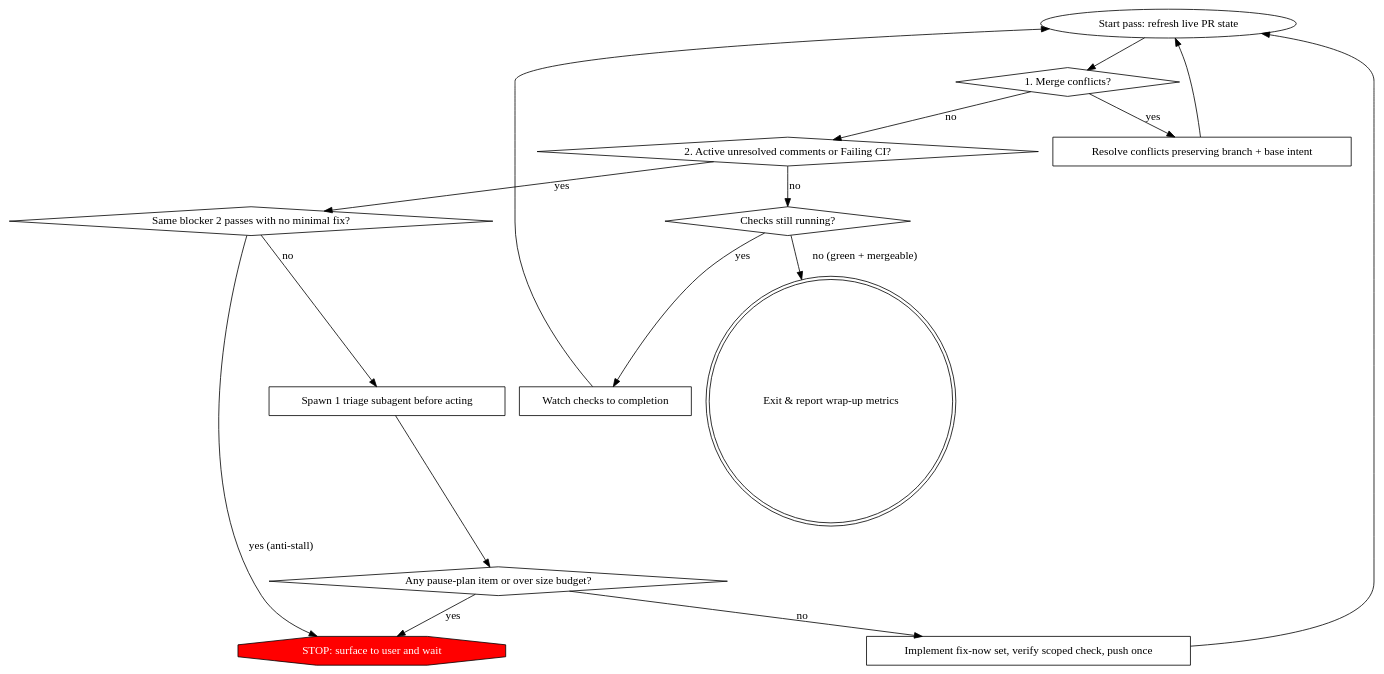
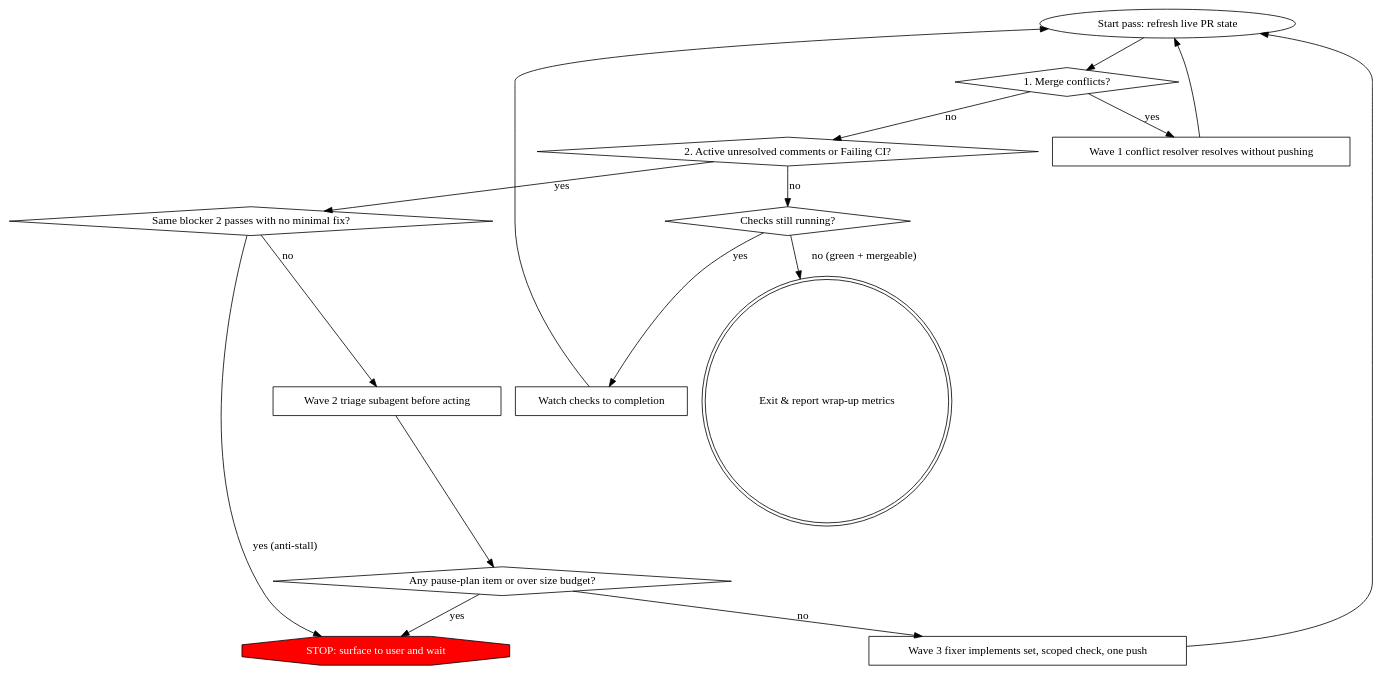
One commit to PhillipChaffee/.agents changed the diagram in skills/autopilot/SKILL.md. Above: the diagram before and after it, drawn with Graphviz. The commit also changed other lines of this file and 21 other files, not shown here.

````diff
--- a/skills/autopilot/SKILL.md
+++ b/skills/autopilot/SKILL.md
@@ -35,32 +43,32 @@
 ```dot
 digraph autopilot_loop {
     "Start pass: refresh live PR state" [shape=ellipse];
     "1. Merge conflicts?" [shape=diamond];
-    "Resolve conflicts preserving branch + base intent" [shape=box];
+    "Wave 1 conflict resolver resolves without pushing" [shape=box];
     "2. Active unresolved comments or Failing CI?" [shape=diamond];
-    "Spawn 1 triage subagent before acting" [shape=box];
+    "Wave 2 triage subagent before acting" [shape=box];
     "Any pause-plan item or over size budget?" [shape=diamond];
     "STOP: surface to user and wait" [shape=octagon, style=filled, fillcolor=red, fontcolor=white];
     "Same blocker 2 passes with no minimal fix?" [shape=diamond];
-    "Implement fix-now set, verify scoped check, push once" [shape=box];
+    "Wave 3 fixer implements set, scoped check, one push" [shape=box];
     "Checks still running?" [shape=diamond];
     "Watch checks to completion" [shape=box];
     "Exit & report wrap-up metrics" [shape=doublecircle];
 
     "Start pass: refresh live PR state" -> "1. Merge conflicts?";
-    "1. Merge conflicts?" -> "Resolve conflicts preserving branch + base intent" [label="yes"];
-    "Resolve conflicts preserving branch + base intent" -> "Start pass: refresh live PR state";
+    "1. Merge conflicts?" -> "Wave 1 conflict resolver resolves without pushing" [label="yes"];
+    "Wave 1 conflict resolver resolves without pushing" -> "Start pass: refresh live PR state";
     "1. Merge conflicts?" -> "2. Active unresolved comments or Failing CI?" [label="no"];
     "2. Active unresolved comments or Failing CI?" -> "Same blocker 2 passes with no minimal fix?" [label="yes"];
     "Same blocker 2 passes with no minimal fix?" -> "STOP: surface to user and wait" [label="yes (anti-stall)"];
-    "Same blocker 2 passes with no minimal fix?" -> "Spawn 1 triage subagent before acting" [label="no"];
-    "Spawn 1 triage subagent before acting" -> "Any pause-plan item or over size budget?";
+    "Same blocker 2 passes with no minimal fix?" -> "Wave 2 triage subagent before acting" [label="no"];
+    "Wave 2 triage subagent before acting" -> "Any pause-plan item or over size budget?";
     "Any pause-plan item or over size budget?" -> "STOP: surface to user and wait" [label="yes"];
-    "Any pause-plan item or over size budget?" -> "Implement fix-now set, verify scoped check, push once" [label="no"];
-    "Implement fix-now set, verify scoped check, push once" -> "Start pass: refresh live PR state";
+    "Any pause-plan item or over size budget?" -> "Wave 3 fixer implements set, scoped check, one push" [label="no"];
+    "Wave 3 fixer implements set, scoped check, one push" -> "Start pass: refresh live PR state";
     "2. Active unresolved comments or Failing CI?" -> "Checks still running?" [label="no"];
     "Checks still running?" -> "Watch checks to completion" [label="yes"];
     "Watch checks to completion" -> "Start pass: refresh live PR state";
     "Checks still running?" -> "Exit & report wrap-up metrics" [label="no (green + mergeable)"];
 }
 ```
````
